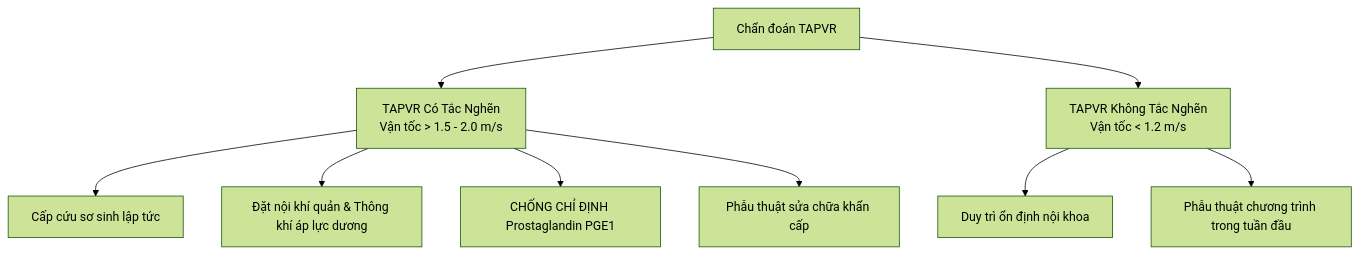
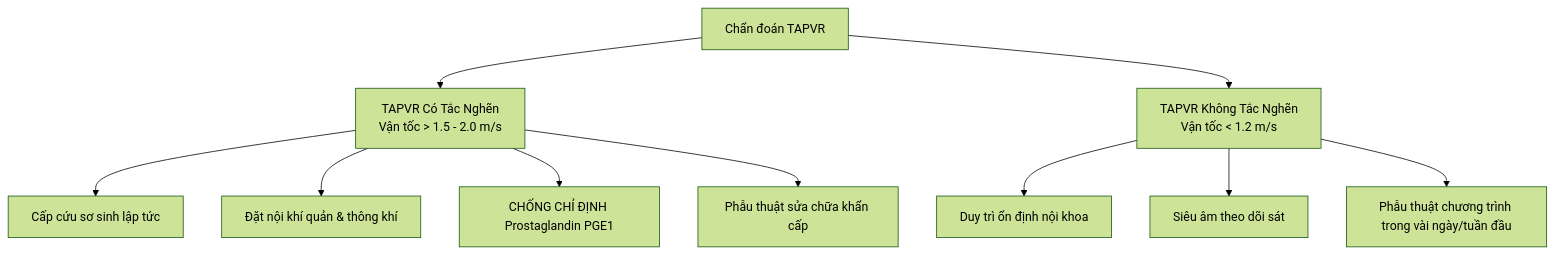
The diagram in docs/04-sieu-am-san-khoa/04-bat-thuong-hoi-luu-tinh-mach-phoi.mdx (MedPocket/ultraso), drawn with Mermaid (forest theme) before and after one commit. The commit also changed other lines of this file and 10 other files, not shown here.

````diff
--- a/docs/04-sieu-am-san-khoa/04-bat-thuong-hoi-luu-tinh-mach-phoi.mdx
+++ b/docs/04-sieu-am-san-khoa/04-bat-thuong-hoi-luu-tinh-mach-phoi.mdx
@@ -73,13 +201,14 @@
 ```mermaid
 flowchart TD
-  Diagnosis[Chẩn đoán TAPVR] --> Obstructed[TAPVR Có Tắc Nghẽn<br/>Vận tốc > 1.5 - 2.0 m/s]
-  Diagnosis --> Unobstructed[TAPVR Không Tắc Nghẽn<br/>Vận tốc < 1.2 m/s]
+    Diagnosis[Chẩn đoán TAPVR] --> Obstructed[TAPVR Có Tắc Nghẽn<br/>Vận tốc > 1.5 - 2.0 m/s]
+    Diagnosis --> Unobstructed[TAPVR Không Tắc Nghẽn<br/>Vận tốc < 1.2 m/s]
 
-  Obstructed --> ObsAction1[Cấp cứu sơ sinh lập tức]
-  Obstructed --> ObsAction2[Đặt nội khí quản & Thông khí áp lực dương]
-  Obstructed --> ObsAction3[CHỐNG CHỈ ĐỊNH Prostaglandin PGE1]
-  Obstructed --> ObsAction4[Phẫu thuật sửa chữa khẩn cấp]
+    Obstructed --> ObsAction1[Cấp cứu sơ sinh lập tức]
+    Obstructed --> ObsAction2[Đặt nội khí quản & thông khí]
+    Obstructed --> ObsAction3[CHỐNG CHỈ ĐỊNH Prostaglandin PGE1]
+    Obstructed --> ObsAction4[Phẫu thuật sửa chữa khẩn cấp]
 
-  Unobstructed --> UnobsAction1[Duy trì ổn định nội khoa]
-  Unobstructed --> UnobsAction2[Phẫu thuật chương trình trong tuần đầu]
+    Unobstructed --> UnobsAction1[Duy trì ổn định nội khoa]
+    Unobstructed --> UnobsAction2[Siêu âm theo dõi sát]
+    Unobstructed --> UnobsAction3[Phẫu thuật chương trình trong vài ngày/tuần đầu]
 ```
````
